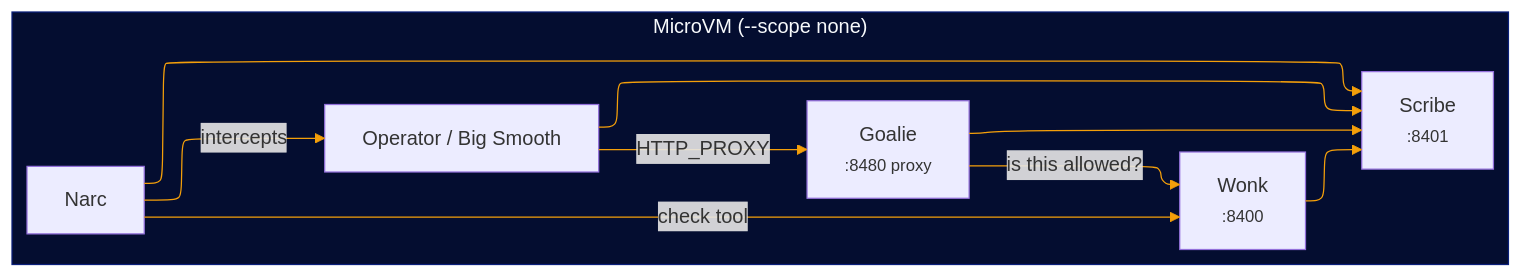
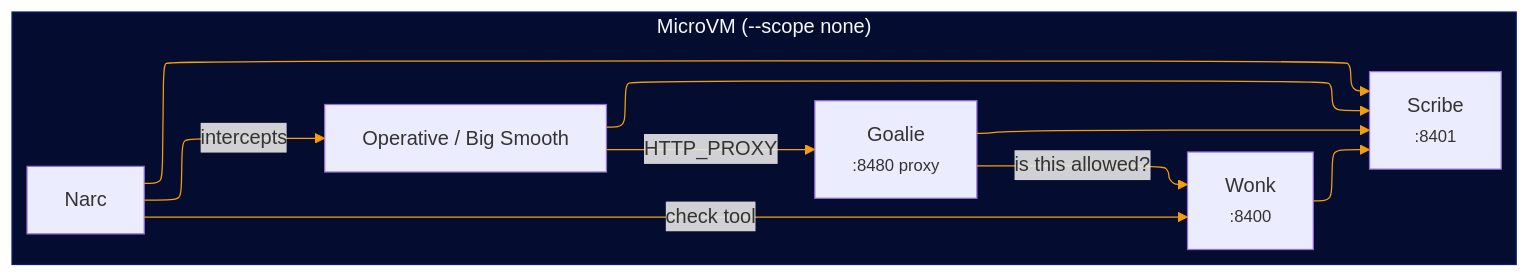
The third of 5 diagrams in README.md (SmooAI/smooth), drawn with Mermaid before and after one commit. The commit also changed other lines of this file and 86 other files, not shown here.

````diff
--- a/README.md
+++ b/README.md
@@ -283,22 +283,22 @@
 ```mermaid
 %%{init: {"flowchart": {"defaultRenderer": "elk"}, "themeVariables": {"lineColor": "#f49f0a"}}}%%
 graph LR
     subgraph VM["MicroVM (--scope none)"]
-        Operator["Operator / Big Smooth"]
+        Operator["Operative / Big Smooth"]
         Wonk["Wonk<br/><small>:8400</small>"]
         Goalie["Goalie<br/><small>:8480 proxy</small>"]
         Narc["Narc"]
         Scribe["Scribe<br/><small>:8401</small>"]
     end
 
     Operator -->|HTTP_PROXY| Goalie
     Goalie -->|"is this allowed?"| Wonk
     Narc -->|intercepts| Operator
     Narc -->|"check tool"| Wonk
     Operator --> Scribe
     Wonk --> Scribe
     Goalie --> Scribe
     Narc --> Scribe
 
     style VM fill:#040d30,stroke:#0a1f7a,color:#f8fafc
 ```
````
